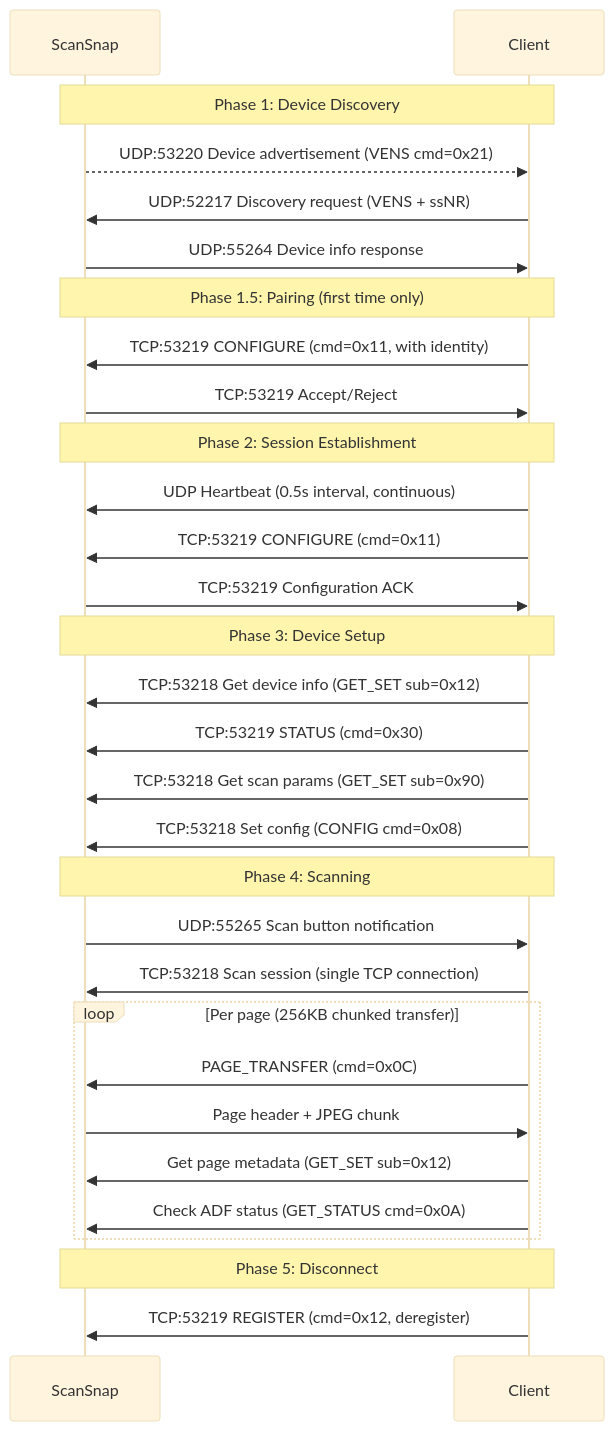
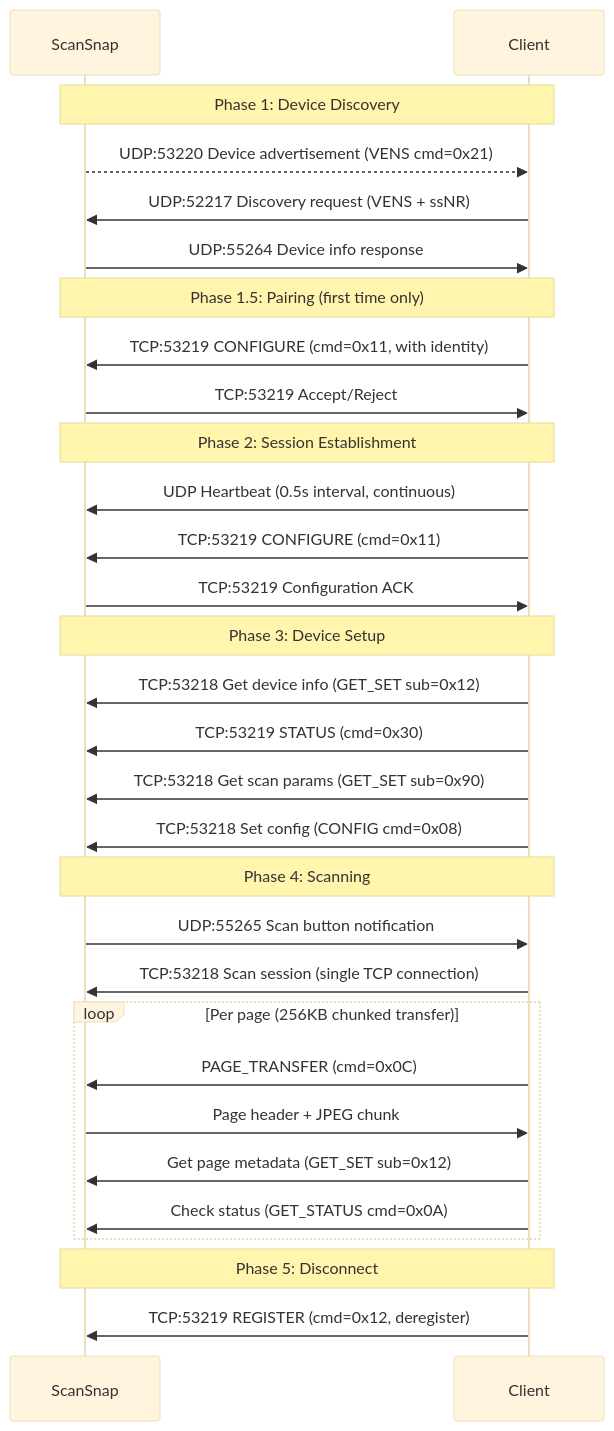
One commit to mzyy94/AirScap changed the first of 4 diagrams in protocol.en.md. Above: the diagram before and after it, drawn with Mermaid (base theme). The commit also changed other lines of this file and 7 other files, not shown here.

````diff
--- a/protocol.en.md
+++ b/protocol.en.md
@@ -26,38 +26,38 @@
 ```mermaid
 sequenceDiagram
     participant S as ScanSnap
     participant C as Client
 
     Note over S,C: Phase 1: Device Discovery
     S-->>C: UDP:53220 Device advertisement (VENS cmd=0x21)
     C->>S: UDP:52217 Discovery request (VENS + ssNR)
     S->>C: UDP:55264 Device info response
 
     Note over S,C: Phase 1.5: Pairing (first time only)
     C->>S: TCP:53219 CONFIGURE (cmd=0x11, with identity)
     S->>C: TCP:53219 Accept/Reject
 
     Note over S,C: Phase 2: Session Establishment
     C->>S: UDP Heartbeat (0.5s interval, continuous)
     C->>S: TCP:53219 CONFIGURE (cmd=0x11)
     S->>C: TCP:53219 Configuration ACK
 
     Note over S,C: Phase 3: Device Setup
     C->>S: TCP:53218 Get device info (GET_SET sub=0x12)
     C->>S: TCP:53219 STATUS (cmd=0x30)
     C->>S: TCP:53218 Get scan params (GET_SET sub=0x90)
     C->>S: TCP:53218 Set config (CONFIG cmd=0x08)
 
     Note over S,C: Phase 4: Scanning
     S->>C: UDP:55265 Scan button notification
     C->>S: TCP:53218 Scan session (single TCP connection)
     loop Per page (256KB chunked transfer)
         C->>S: PAGE_TRANSFER (cmd=0x0C)
         S->>C: Page header + JPEG chunk
         C->>S: Get page metadata (GET_SET sub=0x12)
-        C->>S: Check ADF status (GET_STATUS cmd=0x0A)
+        C->>S: Check status (GET_STATUS cmd=0x0A)
     end
 
     Note over S,C: Phase 5: Disconnect
     C->>S: TCP:53219 REGISTER (cmd=0x12, deregister)
 ```
````
